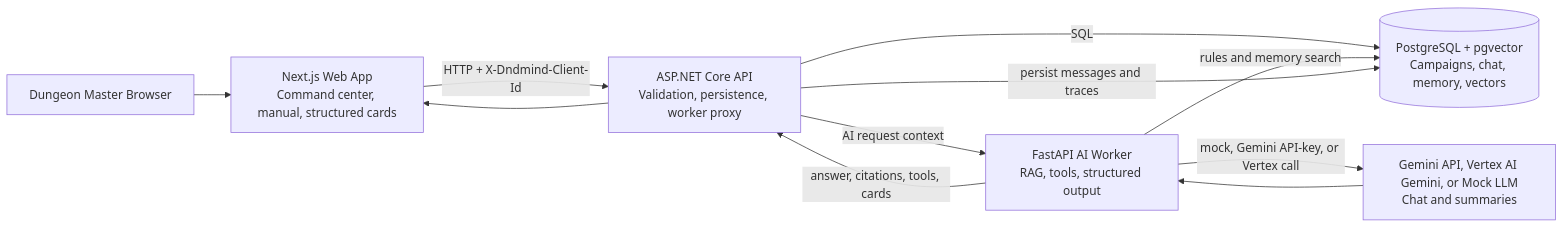
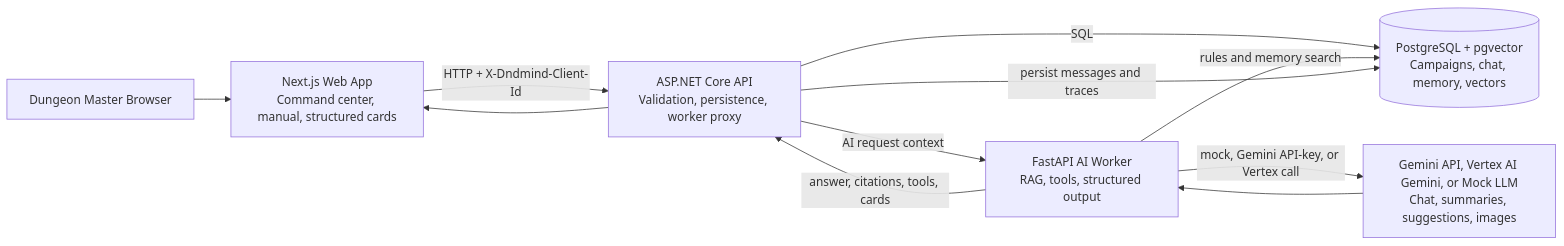
One commit to revanza-git/dndmind changed the diagram in docs/architecture.md. Above: the diagram before and after it, drawn with Mermaid. The commit also changed other lines of this file and 26 other files, not shown here.

Commit message:
Add prompt suggestions and card images

````diff
--- a/docs/architecture.md
+++ b/docs/architecture.md
@@ -7,20 +7,20 @@
 ```mermaid
 flowchart LR
   DM[Dungeon Master Browser]
   Web[Next.js Web App<br/>Command center, manual, structured cards]
   API[ASP.NET Core API<br/>Validation, persistence, worker proxy]
   DB[(PostgreSQL + pgvector<br/>Campaigns, chat, memory, vectors)]
   Worker[FastAPI AI Worker<br/>RAG, tools, structured output]
-  Provider[Gemini API, Vertex AI Gemini, or Mock LLM<br/>Chat and summaries]
+  Provider[Gemini API, Vertex AI Gemini, or Mock LLM<br/>Chat, summaries, suggestions, images]
 
   DM --> Web
   Web -->|HTTP + X-Dndmind-Client-Id| API
   API -->|SQL| DB
   API -->|AI request context| Worker
   Worker -->|rules and memory search| DB
   Worker -->|mock, Gemini API-key, or Vertex call| Provider
   Provider --> Worker
   Worker -->|answer, citations, tools, cards| API
   API -->|persist messages and traces| DB
   API --> Web
 ```
````
